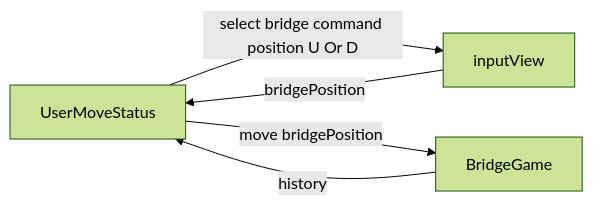
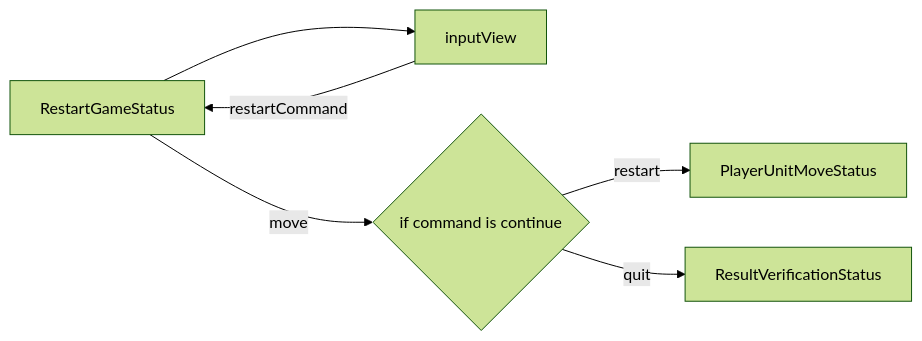
The fifth of 6 diagrams in docs/README.md (woowacourse-precourse/java-bridge), drawn with Mermaid (forest theme) before and after one commit. The commit also changed other lines of this file, not shown here.

````diff
--- a/docs/README.md
+++ b/docs/README.md
@@ -28,5 +46,9 @@
 ```mermaid
+
 flowchart LR
-UserMoveStatus -- select bridge command position U Or D --> inputView -- bridgePosition --> UserMoveStatus 
-UserMoveStatus -- move bridgePosition --> BridgeGame -- history --> UserMoveStatus
+RestartGameStatus --> inputView -- restartCommand --> RestartGameStatus
+
+RestartGameStatus -- move --> validate{if command is continue} -- restart --> PlayerUnitMoveStatus
+validate -- quit --> ResultVerificationStatus
+
 ```
````
